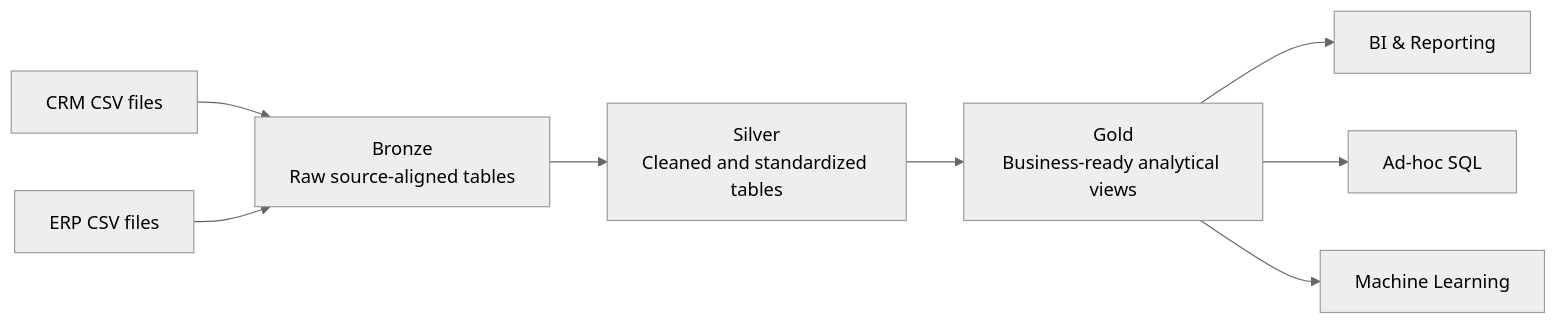
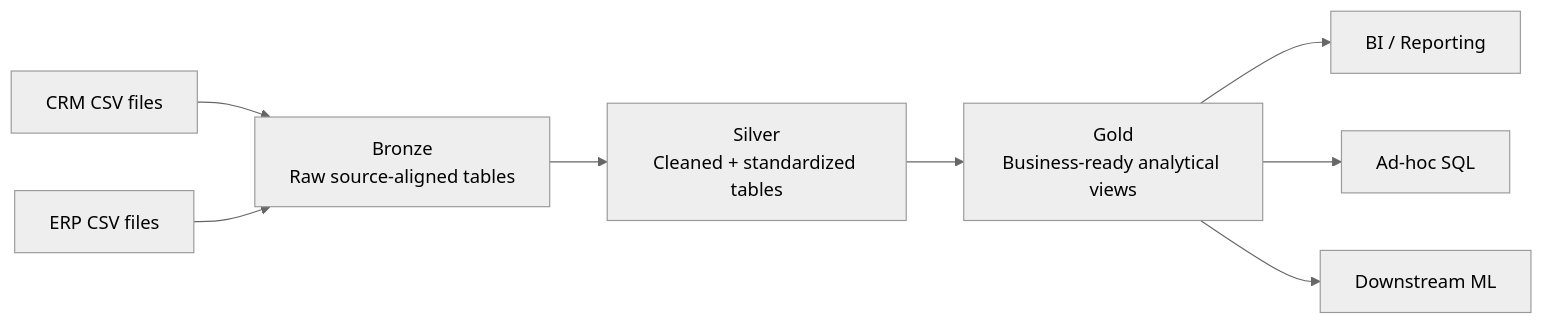
Before and after one commit to gw-ai-security/sql-data-engineering-portfolio: the diagram in README.md, drawn with Mermaid (neutral theme). The commit also changed other lines of this file, not shown here.

````diff
--- a/README.md
+++ b/README.md
@@ -19,10 +21,10 @@
 ```mermaid
 flowchart LR
     CRM[CRM CSV files] --> B[Bronze\nRaw source-aligned tables]
     ERP[ERP CSV files] --> B
-    B --> S[Silver\nCleaned and standardized tables]
+    B --> S[Silver\nCleaned + standardized tables]
     S --> G[Gold\nBusiness-ready analytical views]
-    G --> BI[BI & Reporting]
+    G --> BI[BI / Reporting]
     G --> SQL[Ad-hoc SQL]
-    G --> ML[Machine Learning]
+    G --> ML[Downstream ML]
 ```
````
